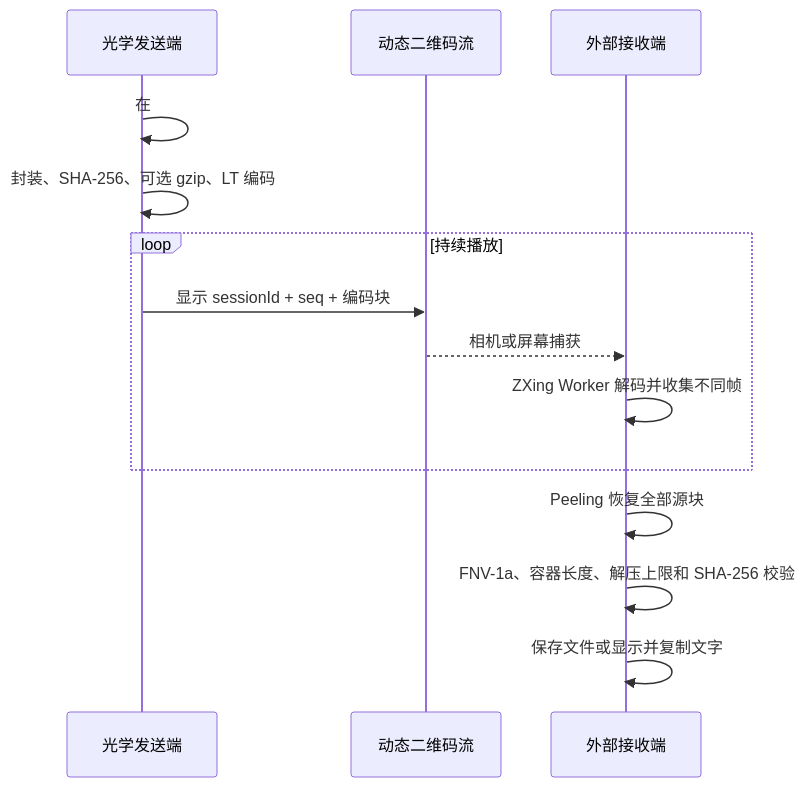
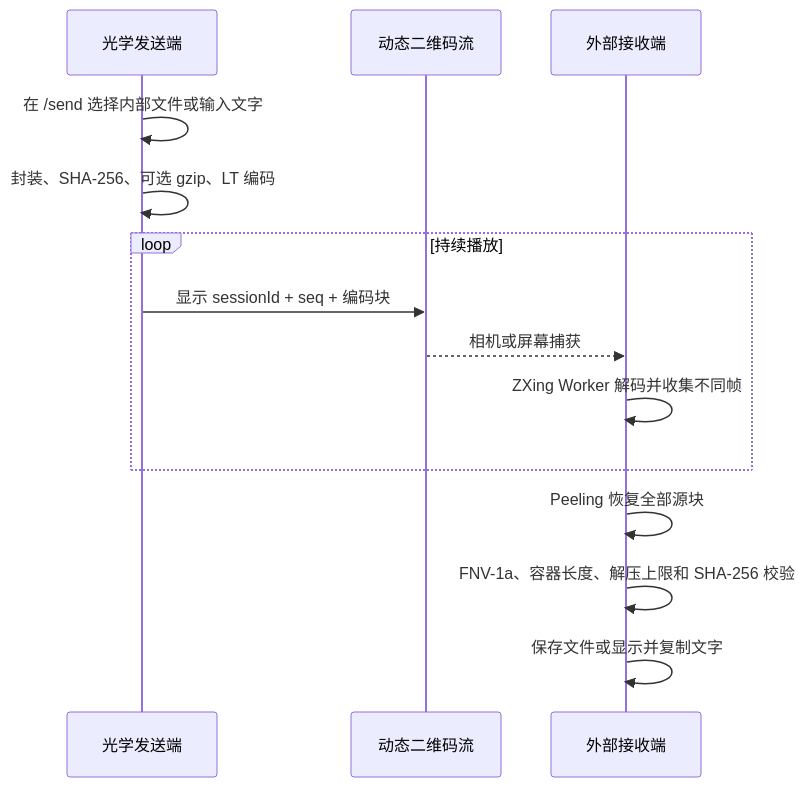
The third of 3 diagrams in README.zh-CN.md (CrazyForks/one-transfer), drawn with Mermaid before and after one commit. The commit also changed other lines of this file and 8 other files, not shown here.

````diff
--- a/README.zh-CN.md
+++ b/README.zh-CN.md
@@ -516,17 +516,17 @@
 ```mermaid
 sequenceDiagram
   participant W as 光学发送端
   participant Q as 动态二维码流
   participant R as 外部接收端
 
-  W->>W: 在 #/send 选择内部文件或输入文字
+  W->>W: 在 /send 选择内部文件或输入文字
   W->>W: 封装、SHA-256、可选 gzip、LT 编码
   loop 持续播放
     W->>Q: 显示 sessionId + seq + 编码块
     Q-->>R: 相机或屏幕捕获
     R->>R: ZXing Worker 解码并收集不同帧
   end
   R->>R: Peeling 恢复全部源块
   R->>R: FNV-1a、容器长度、解压上限和 SHA-256 校验
   R->>R: 保存文件或显示并复制文字
 ```
````
